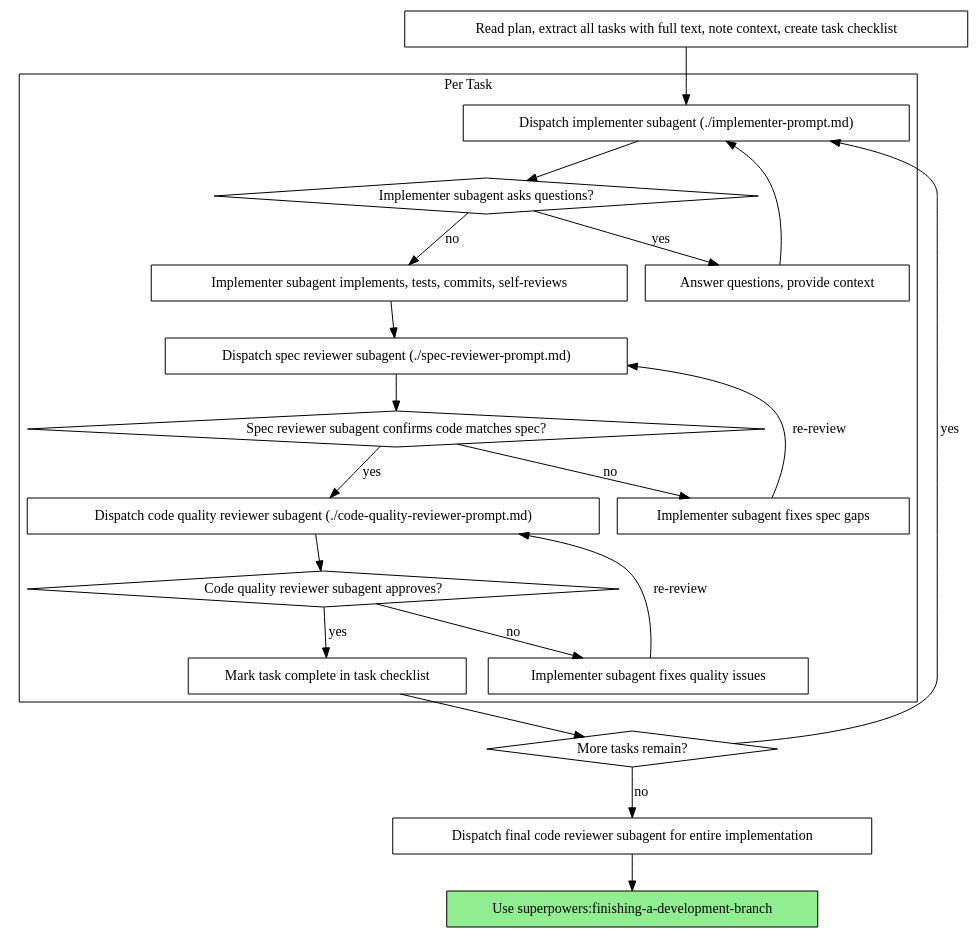
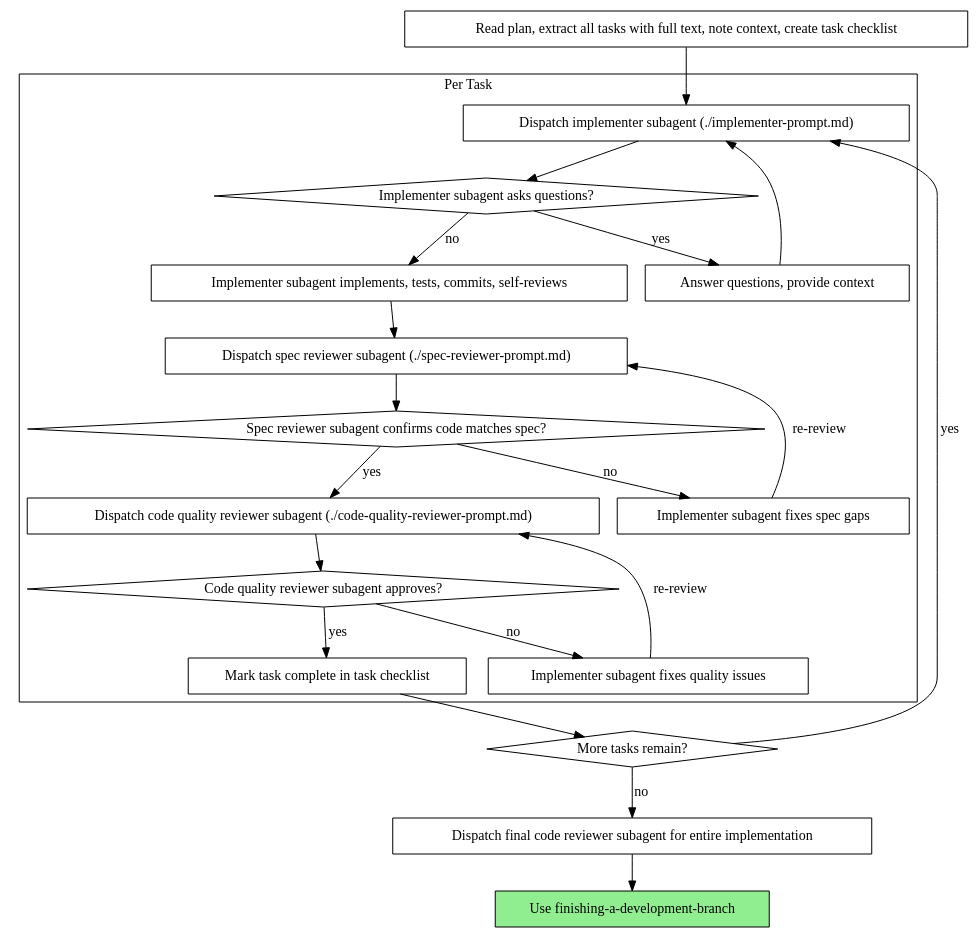
The second of 2 diagrams in src-tauri/resources/bootstrap-skills/subagent-driven-development/SKILL.md (kgp0213/vis-ai), drawn with Graphviz before and after one commit. The commit also changed other lines of this file and 34 other files, not shown here.

````diff
--- a/src-tauri/resources/bootstrap-skills/subagent-driven-development/SKILL.md
+++ b/src-tauri/resources/bootstrap-skills/subagent-driven-development/SKILL.md
@@ -48,44 +48,44 @@
 ```dot
 digraph process {
     rankdir=TB;
 
     subgraph cluster_per_task {
         label="Per Task";
         "Dispatch implementer subagent (./implementer-prompt.md)" [shape=box];
         "Implementer subagent asks questions?" [shape=diamond];
         "Answer questions, provide context" [shape=box];
         "Implementer subagent implements, tests, commits, self-reviews" [shape=box];
         "Dispatch spec reviewer subagent (./spec-reviewer-prompt.md)" [shape=box];
         "Spec reviewer subagent confirms code matches spec?" [shape=diamond];
         "Implementer subagent fixes spec gaps" [shape=box];
         "Dispatch code quality reviewer subagent (./code-quality-reviewer-prompt.md)" [shape=box];
         "Code quality reviewer subagent approves?" [shape=diamond];
         "Implementer subagent fixes quality issues" [shape=box];
         "Mark task complete in task checklist" [shape=box];
     }
 
     "Read plan, extract all tasks with full text, note context, create task checklist" [shape=box];
     "More tasks remain?" [shape=diamond];
     "Dispatch final code reviewer subagent for entire implementation" [shape=box];
-    "Use superpowers:finishing-a-development-branch" [shape=box style=filled fillcolor=lightgreen];
+    "Use finishing-a-development-branch" [shape=box style=filled fillcolor=lightgreen];
 
     "Read plan, extract all tasks with full text, note context, create task checklist" -> "Dispatch implementer subagent (./implementer-prompt.md)";
     "Dispatch implementer subagent (./implementer-prompt.md)" -> "Implementer subagent asks questions?";
     "Implementer subagent asks questions?" -> "Answer questions, provide context" [label="yes"];
     "Answer questions, provide context" -> "Dispatch implementer subagent (./implementer-prompt.md)";
     "Implementer subagent asks questions?" -> "Implementer subagent implements, tests, commits, self-reviews" [label="no"];
     "Implementer subagent implements, tests, commits, self-reviews" -> "Dispatch spec reviewer subagent (./spec-reviewer-prompt.md)";
     "Dispatch spec reviewer subagent (./spec-reviewer-prompt.md)" -> "Spec reviewer subagent confirms code matches spec?";
     "Spec reviewer subagent confirms code matches spec?" -> "Implementer subagent fixes spec gaps" [label="no"];
     "Implementer subagent fixes spec gaps" -> "Dispatch spec reviewer subagent (./spec-reviewer-prompt.md)" [label="re-review"];
     "Spec reviewer subagent confirms code matches spec?" -> "Dispatch code quality reviewer subagent (./code-quality-reviewer-prompt.md)" [label="yes"];
     "Dispatch code quality reviewer subagent (./code-quality-reviewer-prompt.md)" -> "Code quality reviewer subagent approves?";
     "Code quality reviewer subagent approves?" -> "Implementer subagent fixes quality issues" [label="no"];
     "Implementer subagent fixes quality issues" -> "Dispatch code quality reviewer subagent (./code-quality-reviewer-prompt.md)" [label="re-review"];
     "Code quality reviewer subagent approves?" -> "Mark task complete in task checklist" [label="yes"];
     "Mark task complete in task checklist" -> "More tasks remain?";
     "More tasks remain?" -> "Dispatch implementer subagent (./implementer-prompt.md)" [label="yes"];
     "More tasks remain?" -> "Dispatch final code reviewer subagent for entire implementation" [label="no"];
-    "Dispatch final code reviewer subagent for entire implementation" -> "Use superpowers:finishing-a-development-branch";
+    "Dispatch final code reviewer subagent for entire implementation" -> "Use finishing-a-development-branch";
 }
 ```
````
